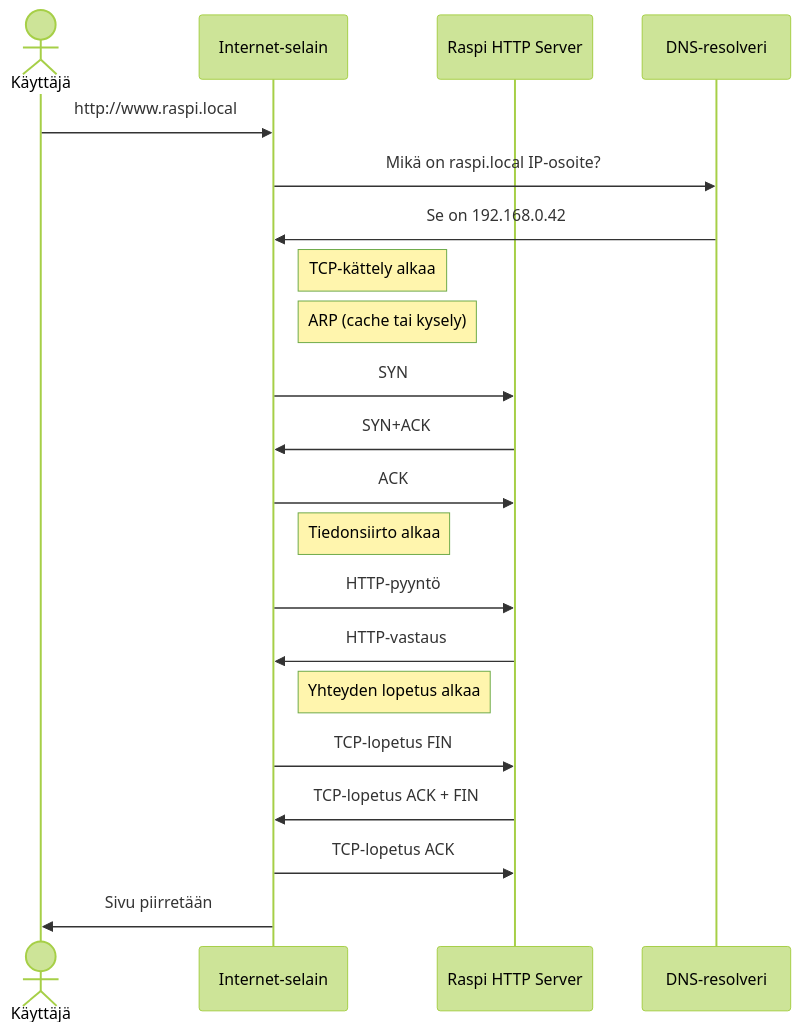
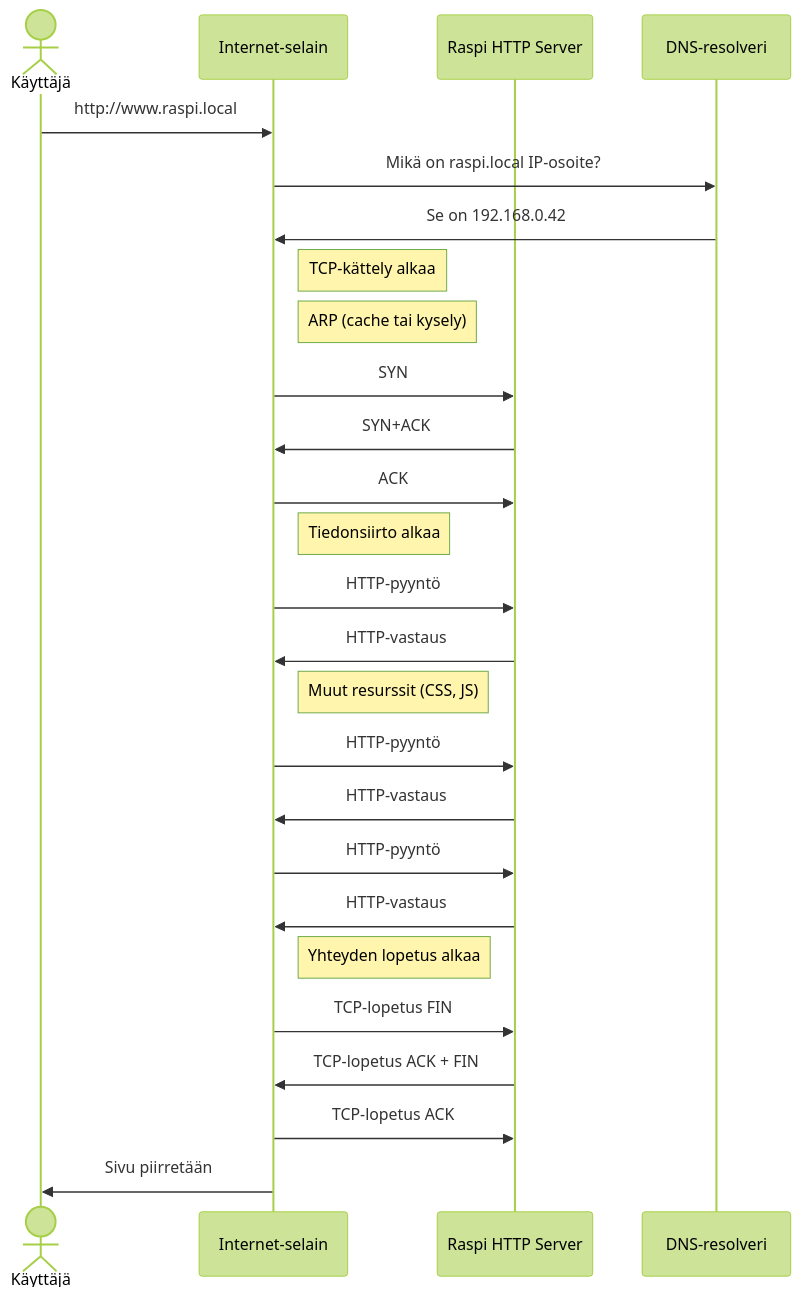
The diagram in docs/protokollat_ja_standardit/life_of_a_query.md (sourander/tietoliikenneohjelmointi), drawn with Mermaid (forest theme) before and after one commit. The commit also changed 6 other files, not shown here.

````diff
--- a/docs/protokollat_ja_standardit/life_of_a_query.md
+++ b/docs/protokollat_ja_standardit/life_of_a_query.md
@@ -7,25 +7,30 @@
 ```mermaid
 sequenceDiagram
 	actor user as Käyttäjä
     participant client as Internet-selain
     participant server as Raspi HTTP Server
     participant DNS as DNS-resolveri
   
     user->>client: http://www.raspi.local
     client->>DNS: Mikä on raspi.local IP-osoite?
     DNS->>client: Se on 192.168.0.42
     Note right of client: TCP-kättely alkaa
     Note right of client: ARP (cache tai kysely)
     client->>server: SYN
     server->>client: SYN+ACK
     client->>server: ACK
     Note right of client: Tiedonsiirto alkaa
     client->>server: HTTP-pyyntö
     server->>client: HTTP-vastaus
+    Note right of client: Muut resurssit (CSS, JS)
+    client->>server: HTTP-pyyntö
+    server->>client: HTTP-vastaus
+    client->>server: HTTP-pyyntö
+    server->>client: HTTP-vastaus
     Note right of client: Yhteyden lopetus alkaa
     client->>server: TCP-lopetus FIN
     server->>client: TCP-lopetus ACK + FIN
     client->>server: TCP-lopetus ACK
     client->>user: Sivu piirretään
 
 ```
````
